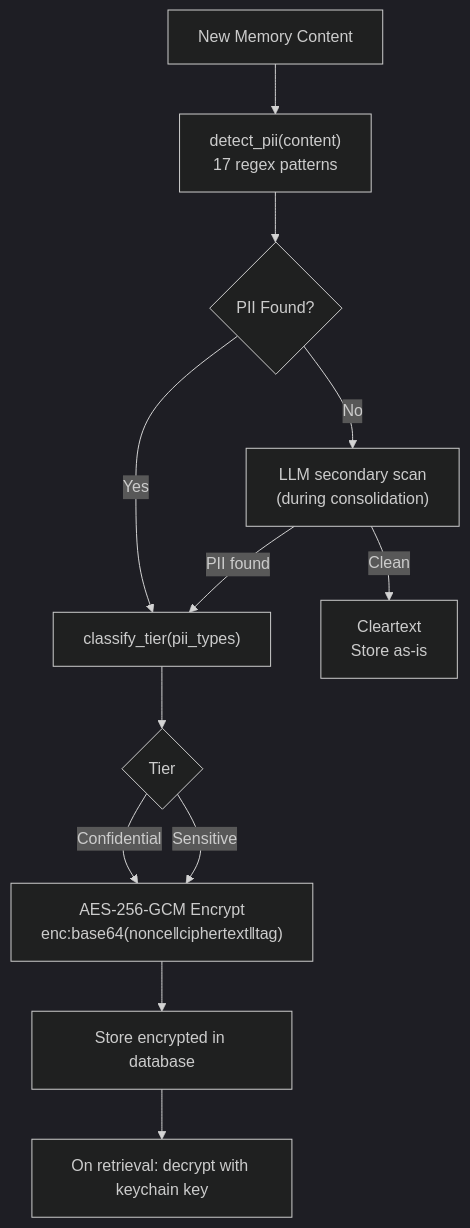
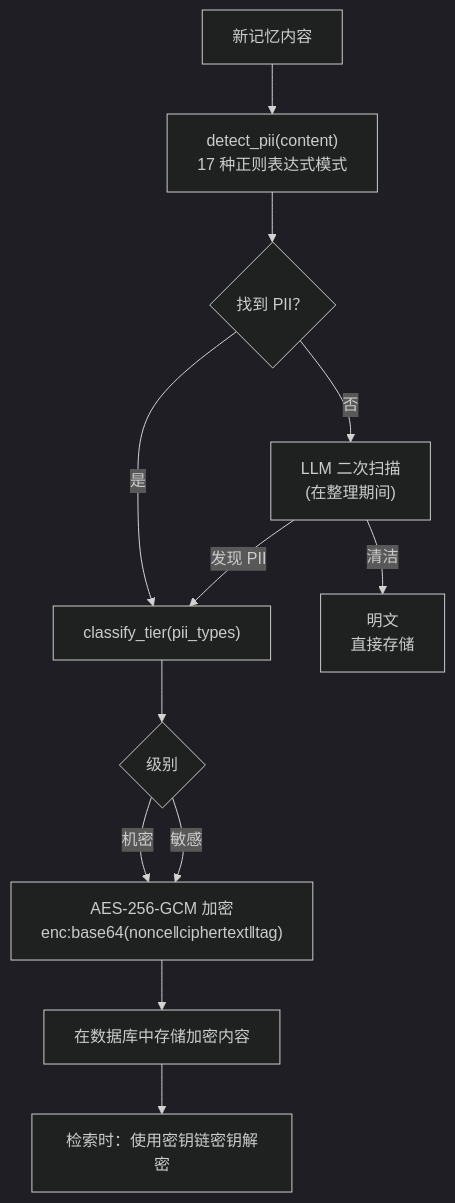
One commit to WeiLinCool/openpawz changed diagram 13 of 20 in docs/research/zh/engram.md. Above: the diagram before and after it, drawn with Mermaid (dark theme). The commit also changed other lines of this file and 7 other files, not shown here.

````diff
--- a/docs/research/zh/engram.md
+++ b/docs/research/zh/engram.md
@@ -1030,14 +1030,14 @@
 ```mermaid
 flowchart TD
-    A["New Memory Content"] --> B["detect_pii(content)\n17 regex patterns"]
-    B --> C{"PII Found?"}
-    C -- No --> L2["LLM secondary scan\n(during consolidation)"]
-    L2 -- "PII found" --> E
-    L2 -- Clean --> D["Cleartext\nStore as-is"]
-    C -- Yes --> E["classify_tier(pii_types)"]
-    E --> F{"Tier"}
-    F -- Sensitive --> G["AES-256-GCM Encrypt\nenc:base64(nonce‖ciphertext‖tag)"]
-    F -- Confidential --> G
-    G --> H["Store encrypted in database"]
-    H --> I["On retrieval: decrypt with keychain key"]
+    A["新记忆内容"] --> B["detect_pii(content)\n17 种正则表达式模式"]
+    B --> C{"找到 PII？"}
+    C -- 否 --> L2["LLM 二次扫描\n(在整理期间)"]
+    L2 -- "发现 PII" --> E
+    L2 -- 清洁 --> D["明文\n直接存储"]
+    C -- 是 --> E["classify_tier(pii_types)"]
+    E --> F{"级别"}
+    F -- 敏感 --> G["AES-256-GCM 加密\nenc:base64(nonce‖ciphertext‖tag)"]
+    F -- 机密 --> G
+    G --> H["在数据库中存储加密内容"]
+    H --> I["检索时：使用密钥链密钥解密"]
 ```
````
